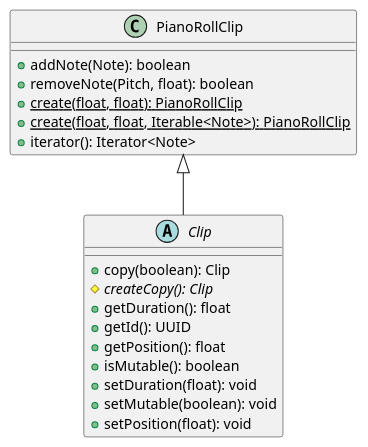
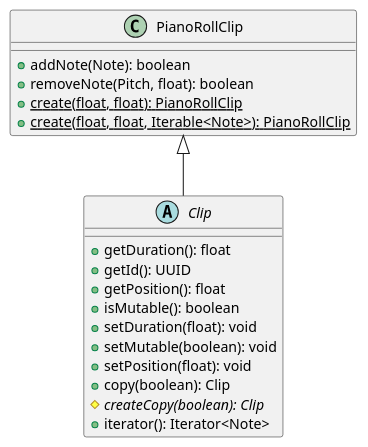
The diagram in docs/clip/PianoRollClip.iuml (bmb0136/Maestro), drawn with PlantUML before and after one commit. The commit also changed 4 other files, not shown here.

```diff
--- a/docs/clip/PianoRollClip.iuml
+++ b/docs/clip/PianoRollClip.iuml
@@ -1,21 +1,24 @@
 @startuml PianoRoll object
+
+abstract class Clip {
+    + getDuration(): float
+    + getId(): UUID
+    + getPosition(): float
+    + isMutable(): boolean
+    + setDuration(float): void
+    + setMutable(boolean): void
+    + setPosition(float): void
+    + copy(boolean): Clip
+    # {abstract} createCopy(boolean): Clip
+    + iterator(): Iterator<Note>
+}
+
 class PianoRollClip {
     + addNote(Note): boolean
     + removeNote(Pitch, float): boolean
     + {static} create(float, float): PianoRollClip
     + {static} create(float, float, Iterable<Note>): PianoRollClip
-    + iterator(): Iterator<Note>
-}
-abstract class Clip {
-+copy(boolean): Clip
-#{abstract} createCopy(): Clip
-+getDuration(): float
-+getId(): UUID
-+getPosition(): float
-+isMutable(): boolean
-+setDuration(float): void
-+setMutable(boolean): void
-+setPosition(float): void
 }
 PianoRollClip <|-- Clip
+
 @enduml
```
